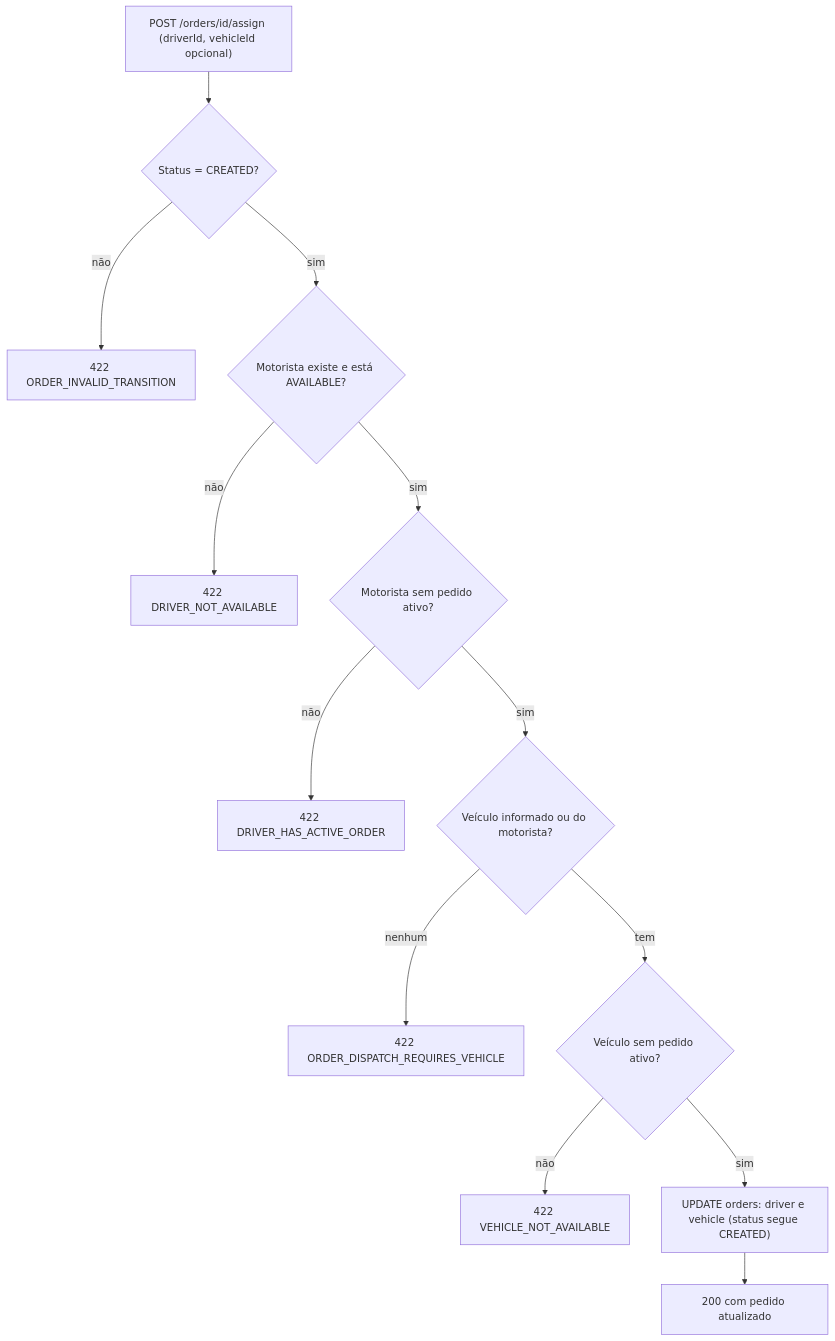
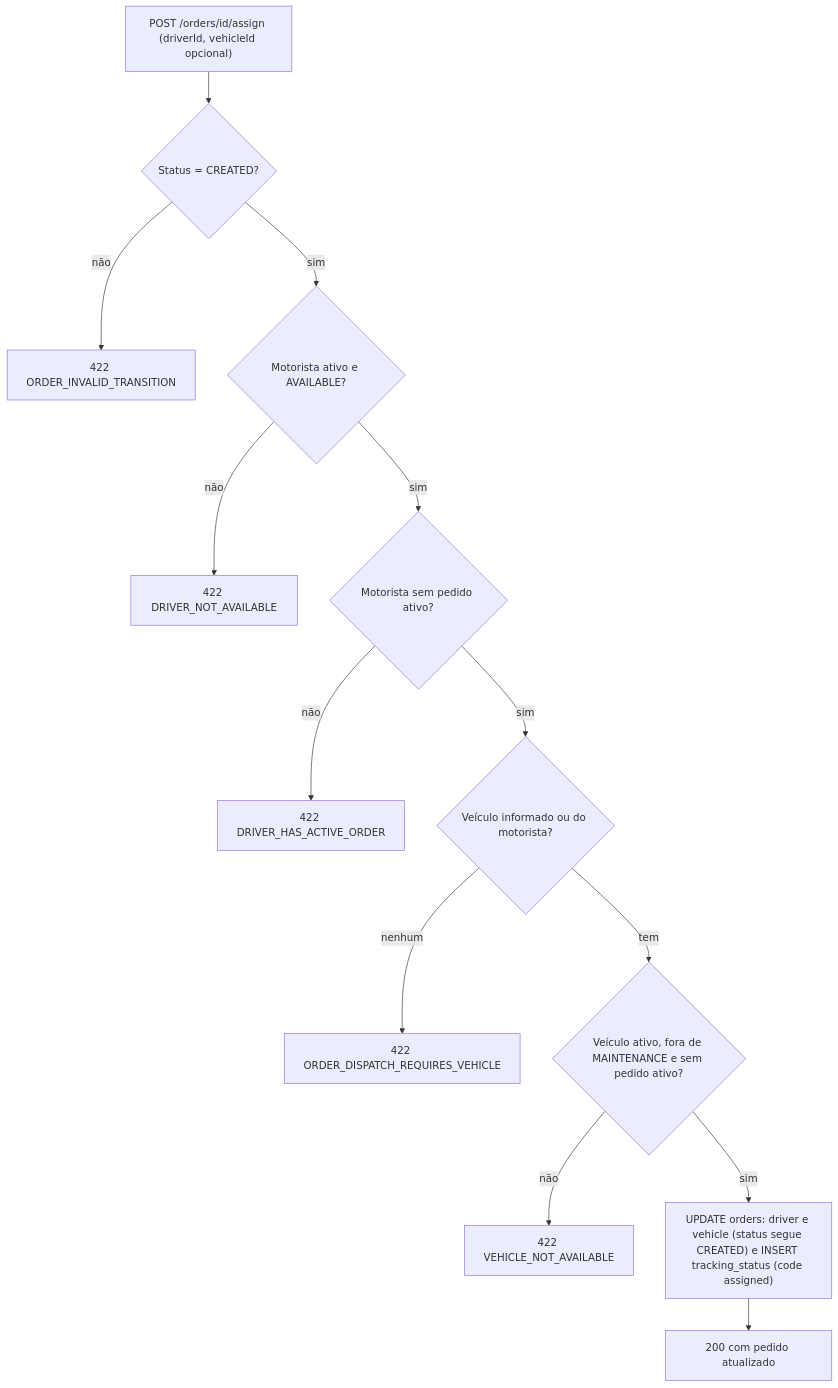
The ninth of 17 diagrams in docs/flows.md (Edryck/kj-fleets), drawn with Mermaid before and after one commit. The commit also changed other lines of this file and 4 other files, not shown here.

````diff
--- a/docs/flows.md
+++ b/docs/flows.md
@@ -212,15 +242,15 @@
 ```mermaid
 flowchart TD
     A["POST /orders/id/assign (driverId, vehicleId opcional)"] --> B{"Status = CREATED?"}
     B -- não --> E1["422 ORDER_INVALID_TRANSITION"]
-    B -- sim --> C{"Motorista existe e está AVAILABLE?"}
+    B -- sim --> C{"Motorista ativo e AVAILABLE?"}
     C -- não --> E2["422 DRIVER_NOT_AVAILABLE"]
     C -- sim --> D{"Motorista sem pedido ativo?"}
     D -- não --> E3["422 DRIVER_HAS_ACTIVE_ORDER"]
     D -- sim --> V{"Veículo informado ou do motorista?"}
     V -- nenhum --> E4["422 ORDER_DISPATCH_REQUIRES_VEHICLE"]
-    V -- tem --> F{"Veículo sem pedido ativo?"}
+    V -- tem --> F{"Veículo ativo, fora de MAINTENANCE e sem pedido ativo?"}
     F -- não --> E5["422 VEHICLE_NOT_AVAILABLE"]
-    F -- sim --> G["UPDATE orders: driver e vehicle (status segue CREATED)"]
+    F -- sim --> G["UPDATE orders: driver e vehicle (status segue CREATED) e INSERT tracking_status (code assigned)"]
     G --> OK["200 com pedido atualizado"]
 ```
````
